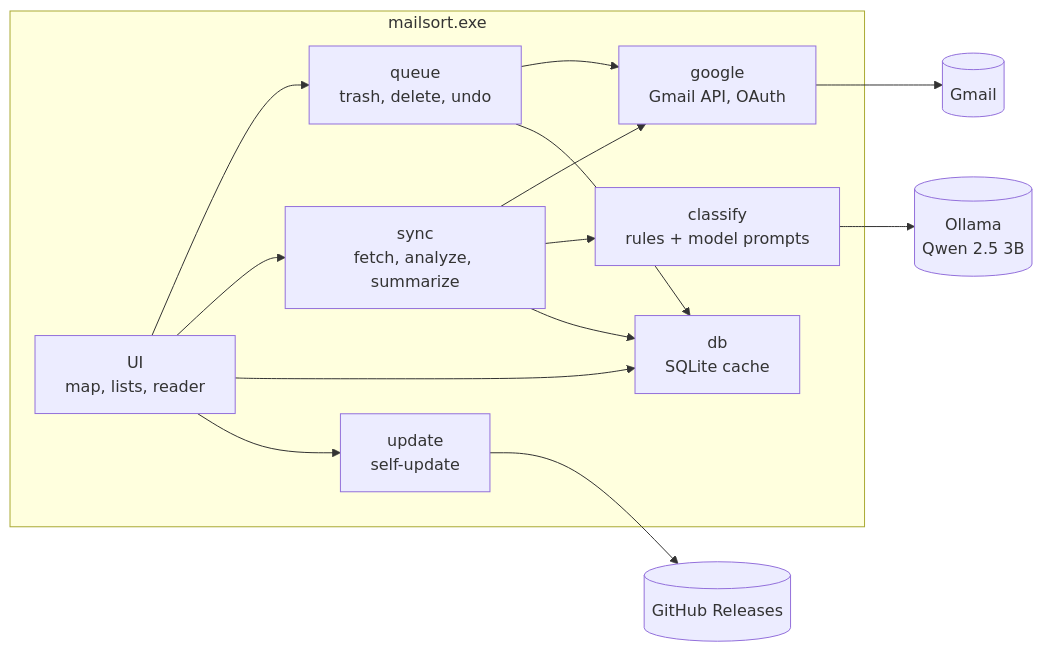
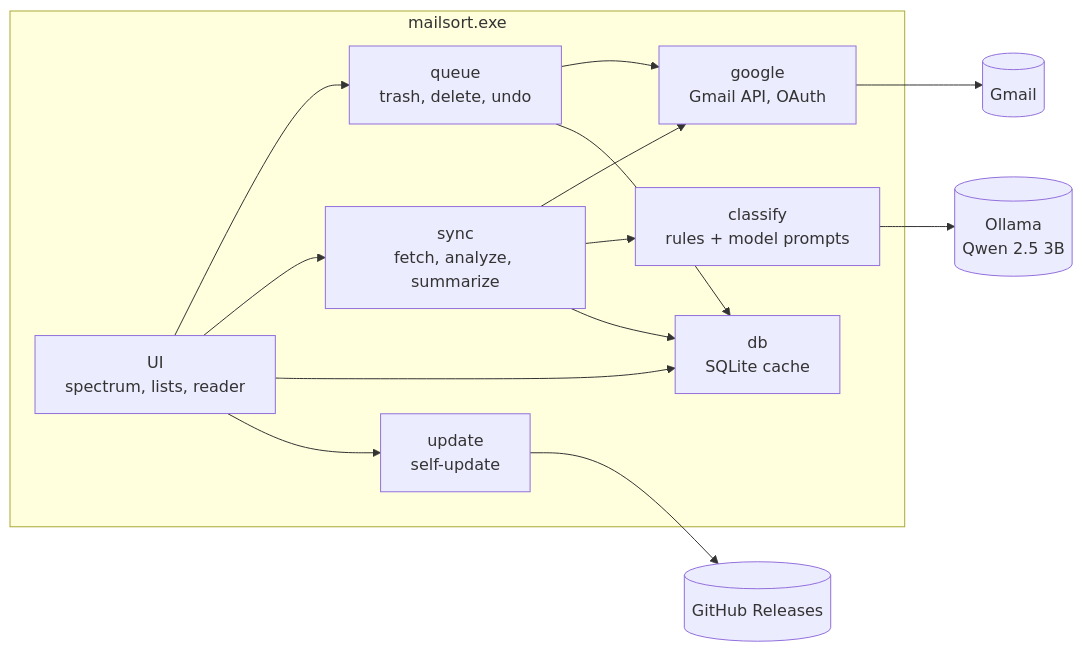
One commit to nikbogman/mailsort changed the diagram in README.md. Above: the diagram before and after it, drawn with Mermaid. The commit also changed 13 other files, not shown here.

````diff
--- a/README.md
+++ b/README.md
@@ -35,19 +35,19 @@
 ```mermaid
 flowchart LR
     subgraph app["mailsort.exe"]
-        UI["UI<br/>map, lists, reader"]
+        UI["UI<br/>spectrum, lists, reader"]
         Queue["queue<br/>trash, delete, undo"]
         Sync["sync<br/>fetch, analyze, summarize"]
         Classify["classify<br/>rules + model prompts"]
         DB["db<br/>SQLite cache"]
         Google["google<br/>Gmail API, OAuth"]
         Update["update<br/>self-update"]
     end
     UI --> Queue & Sync & DB
     UI --> Update
     Sync --> Google & Classify & DB
     Queue --> Google & DB
     Google --> Gmail[(Gmail)]
     Classify --> Ollama[(Ollama<br/>Qwen 2.5 3B)]
     Update --> Releases[(GitHub Releases)]
 ```
````
